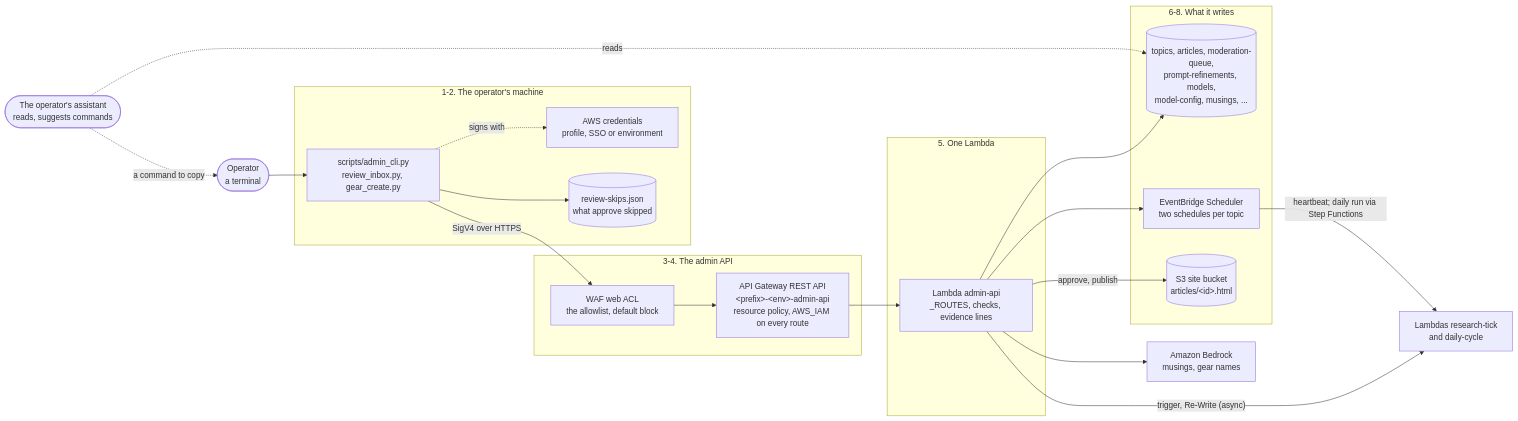
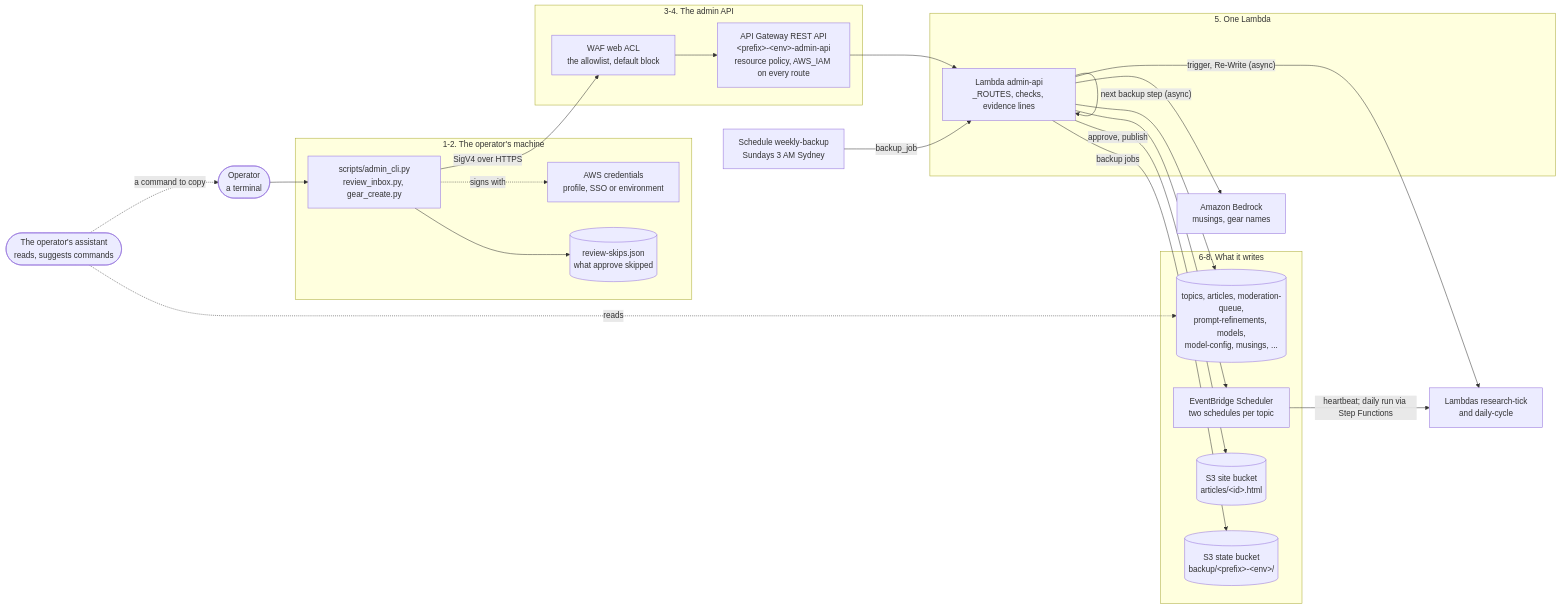
One commit to AllainWoodsford/BloggerBear changed the diagram in docs/architecture/admin-cli.md. Above: the diagram before and after it, drawn with Mermaid. The commit also changed other lines of this file and 22 other files, not shown here.

````diff
--- a/docs/architecture/admin-cli.md
+++ b/docs/architecture/admin-cli.md
@@ -32,37 +32,42 @@
 ```mermaid
 flowchart LR
     operator(["Operator<br/>a terminal"])
     subgraph local["1-2. The operator's machine"]
         cli["scripts/admin_cli.py<br/>review_inbox.py, gear_create.py"]
         creds["AWS credentials<br/>profile, SSO or environment"]
         skips[("review-skips.json<br/>what approve skipped")]
     end
     subgraph edge["3-4. The admin API"]
         acl["WAF web ACL<br/>the allowlist, default block"]
         apigw["API Gateway REST API<br/>&lt;prefix&gt;-&lt;env&gt;-admin-api<br/>resource policy, AWS_IAM on every route"]
     end
     subgraph handler["5. One Lambda"]
         fn["Lambda admin-api<br/>_ROUTES, checks, evidence lines"]
     end
     subgraph writes["6-8. What it writes"]
         tables[("topics, articles, moderation-queue,<br/>prompt-refinements, models,<br/>model-config, musings, ...")]
         sched["EventBridge Scheduler<br/>two schedules per topic"]
         site[("S3 site bucket<br/>articles/&lt;id&gt;.html")]
+        state[("S3 state bucket<br/>backup/&lt;prefix&gt;-&lt;env&gt;/")]
     end
+    weekly["Schedule weekly-backup<br/>Sundays 3 AM Sydney"]
     pipeline["Lambdas research-tick<br/>and daily-cycle"]
     bedrock["Amazon Bedrock<br/>musings, gear names"]
     assistant(["The operator's assistant<br/>reads, suggests commands"])
 
     operator --> cli
     cli -. "signs with" .-> creds
     cli --> skips
     cli -- "SigV4 over HTTPS" --> acl --> apigw --> fn
     fn --> tables
     fn --> sched
     fn -- "approve, publish" --> site
     fn -- "trigger, Re-Write (async)" --> pipeline
     fn --> bedrock
+    fn -- "backup jobs" --> state
+    weekly -- "backup_job" --> fn
+    fn -- "next backup step (async)" --> fn
     sched -- "heartbeat; daily run via Step Functions" --> pipeline
     assistant -. "reads" .-> tables
     assistant -. "a command to copy" .-> operator
 ```
````
